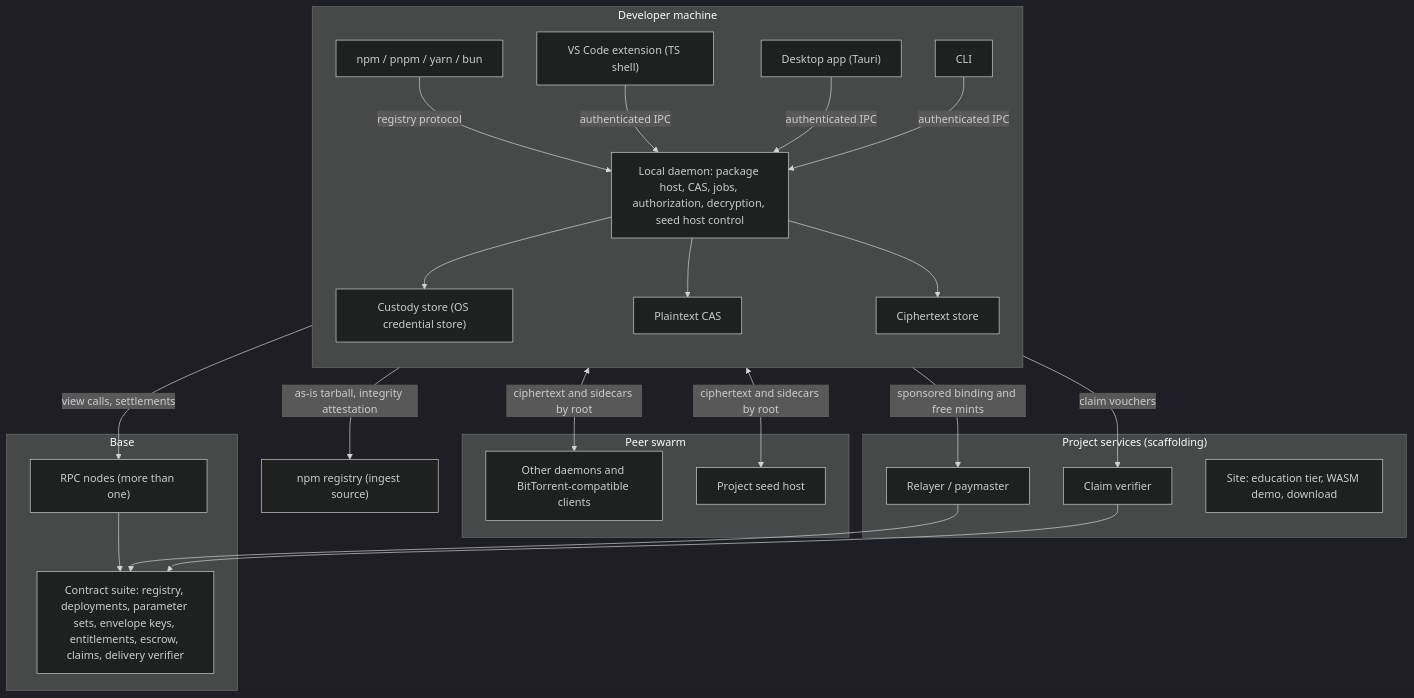
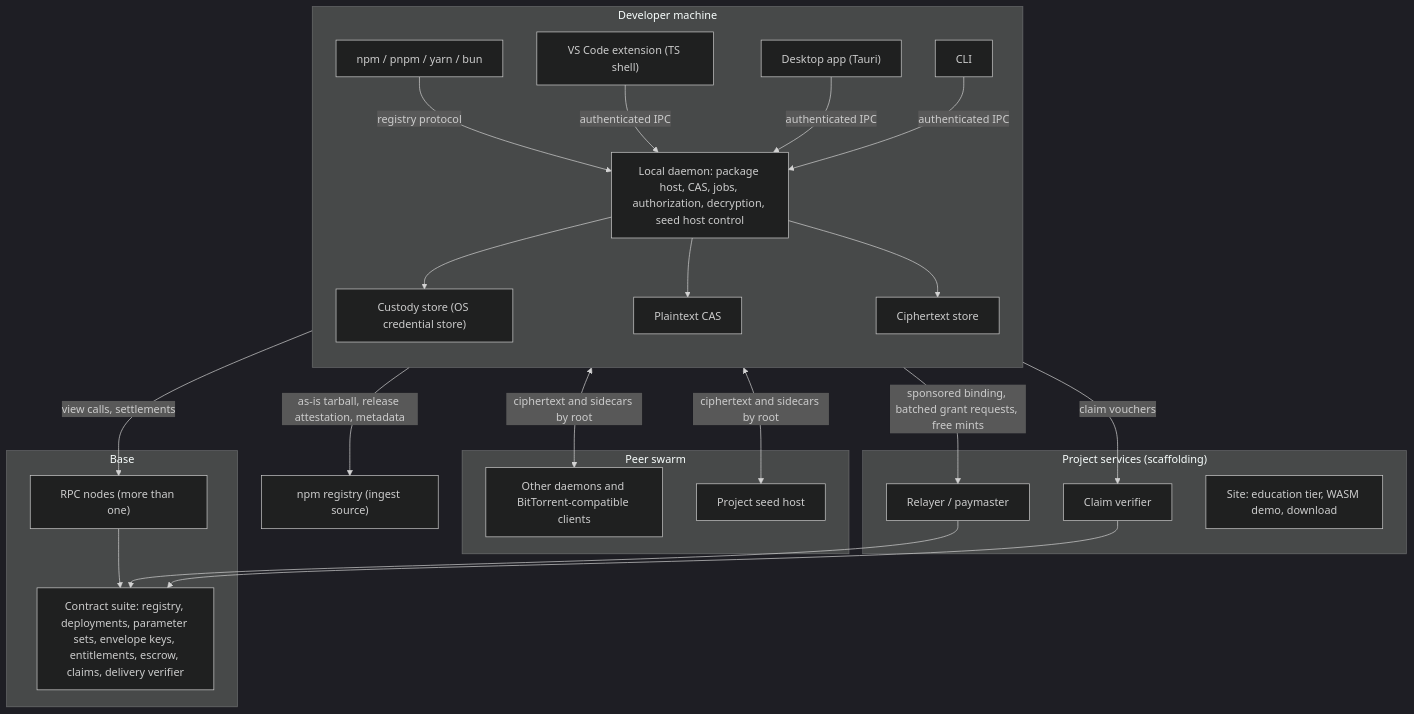
The first of 4 diagrams in docs/project-planning/system-architecture.md (tsylvester/chaintorrent), drawn with Mermaid (dark theme) before and after one commit. The commit also changed other lines of this file and 18 other files, not shown here.

````diff
--- a/docs/project-planning/system-architecture.md
+++ b/docs/project-planning/system-architecture.md
@@ -19,49 +19,49 @@
 ```mermaid
 flowchart TB
     subgraph machine["Developer machine"]
         direction TB
         pm["npm / pnpm / yarn / bun"]
         ext["VS Code extension (TS shell)"]
         desk["Desktop app (Tauri)"]
         cli["CLI"]
         daemon["Local daemon: package host, CAS, jobs, authorization, decryption, seed host control"]
         custody["Custody store (OS credential store)"]
         cas["Plaintext CAS"]
         cstore["Ciphertext store"]
         pm -->|registry protocol| daemon
         ext -->|authenticated IPC| daemon
         desk -->|authenticated IPC| daemon
         cli -->|authenticated IPC| daemon
         daemon --> custody
         daemon --> cas
         daemon --> cstore
     end
 
     subgraph swarm["Peer swarm"]
         peers["Other daemons and BitTorrent-compatible clients"]
         seedhost["Project seed host"]
     end
 
     subgraph chain["Base"]
         contracts["Contract suite: registry, deployments, parameter sets, envelope keys, entitlements, escrow, claims, delivery verifier"]
         rpc["RPC nodes (more than one)"]
     end
 
     subgraph services["Project services (scaffolding)"]
         relayer["Relayer / paymaster"]
         verifier["Claim verifier"]
         site["Site: education tier, WASM demo, download"]
     end
 
     upstream["npm registry (ingest source)"]
 
     daemon <-->|ciphertext and sidecars by root| peers
     daemon <-->|ciphertext and sidecars by root| seedhost
     daemon -->|view calls, settlements| rpc
     rpc --> contracts
-    daemon -->|as-is tarball, integrity attestation| upstream
-    daemon -->|sponsored binding and free mints| relayer
+    daemon -->|as-is tarball, release attestation, metadata| upstream
+    daemon -->|sponsored binding, batched grant requests, free mints| relayer
     relayer --> contracts
     daemon -->|claim vouchers| verifier
     verifier --> contracts
 ```
````
